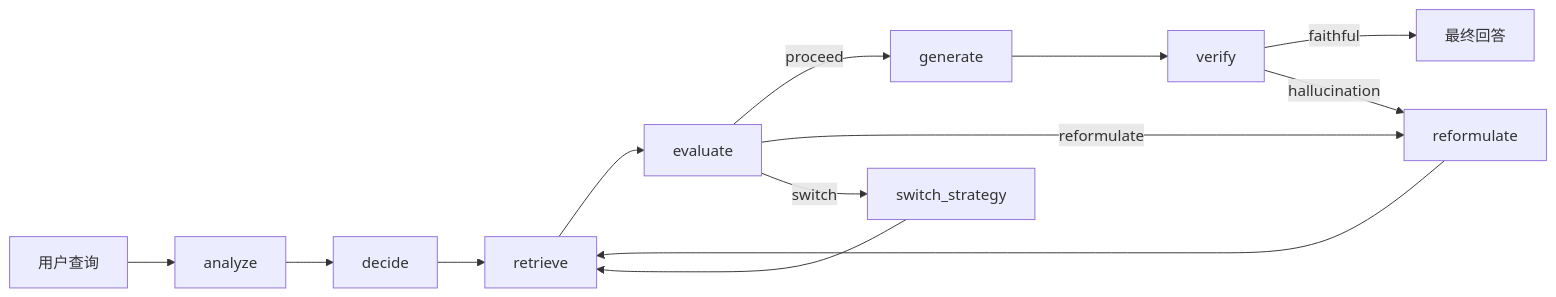
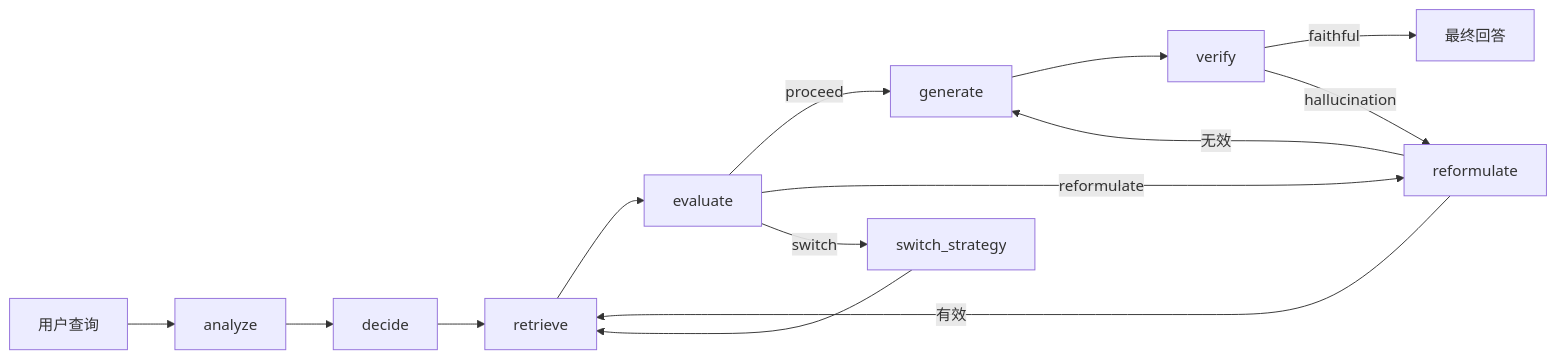
Before and after one commit to yyc2417/RAGForge: the second of 2 diagrams in docs/modules/agent.md, drawn with Mermaid. The commit also changed other lines of this file and 15 other files, not shown here.

````diff
--- a/docs/modules/agent.md
+++ b/docs/modules/agent.md
@@ -149,15 +167,16 @@
 ```mermaid
 graph LR
     Q[用户查询] --> A[analyze]
     A --> D[decide]
     D --> R[retrieve]
     R --> E[evaluate]
     E -->|proceed| G[generate]
     E -->|reformulate| RF[reformulate]
     E -->|switch| SS[switch_strategy]
-    RF --> R
+    RF -->|有效| R
+    RF -->|无效| G
     SS --> R
     G --> V[verify]
     V -->|faithful| ANS[最终回答]
     V -->|hallucination| RF
 ```
````
